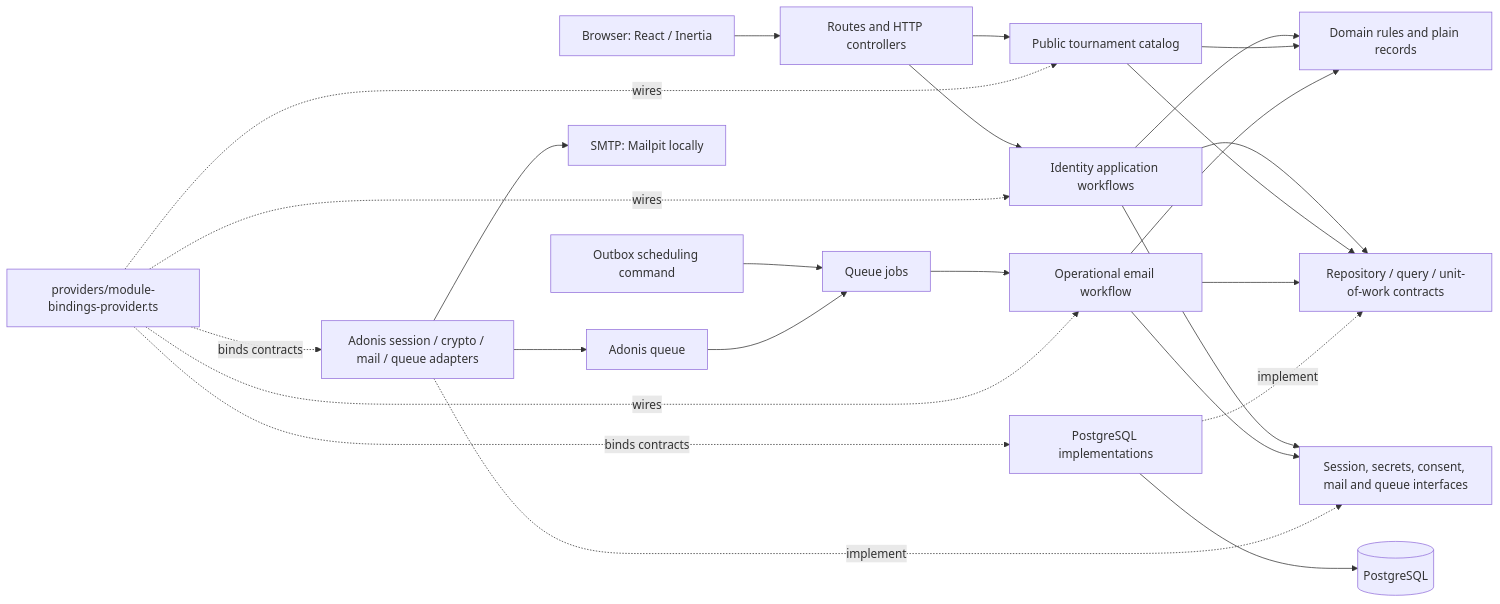
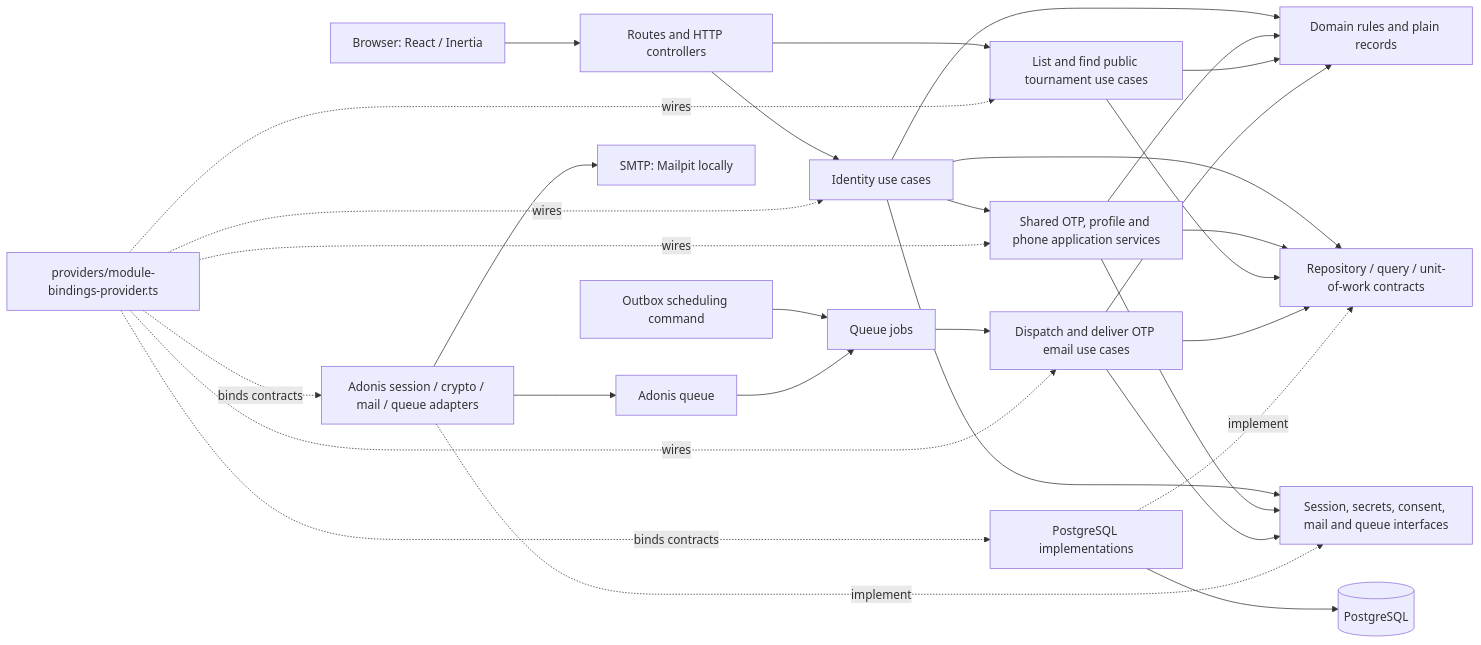
The second of 2 diagrams in docs/code-map.md (pabloquadrado/eleggante-tournament-management), drawn with Mermaid before and after one commit. The commit also changed other lines of this file and 49 other files, not shown here.

First line of the commit message:
refactor: introduce application use cases

````diff
--- a/docs/code-map.md
+++ b/docs/code-map.md
@@ -44,27 +49,32 @@
 ```mermaid
 flowchart LR
   browser[Browser: React / Inertia] --> http[Routes and HTTP controllers]
   schedule[Outbox scheduling command] --> jobs[Queue jobs]
-  http --> identity[Identity application workflows]
-  http --> catalog[Public tournament catalog]
-  jobs --> emails[Operational email workflow]
+  http --> identity[Identity use cases]
+  http --> catalog[List and find public tournament use cases]
+  jobs --> emails[Dispatch and deliver OTP email use cases]
+  identity --> shared[Shared OTP, profile and phone application services]
   identity --> domain[Domain rules and plain records]
+  shared --> domain
   catalog --> domain
   emails --> domain
   identity --> repositories[Repository / query / unit-of-work contracts]
+  shared --> repositories
   catalog --> repositories
   emails --> repositories
   identity --> adapters[Session, secrets, consent, mail and queue interfaces]
+  shared --> adapters
   emails --> adapters
   pg[PostgreSQL implementations] -. implement .-> repositories
   framework[Adonis session / crypto / mail / queue adapters] -. implement .-> adapters
   pg --> db[(PostgreSQL)]
   framework --> smtp[SMTP: Mailpit locally]
   framework --> queue[Adonis queue]
   queue --> jobs
   composition[providers/module-bindings-provider.ts] -. wires .-> identity
+  composition -. wires .-> shared
   composition -. wires .-> catalog
   composition -. wires .-> emails
   composition -. binds contracts .-> pg
   composition -. binds contracts .-> framework
 ```
````
